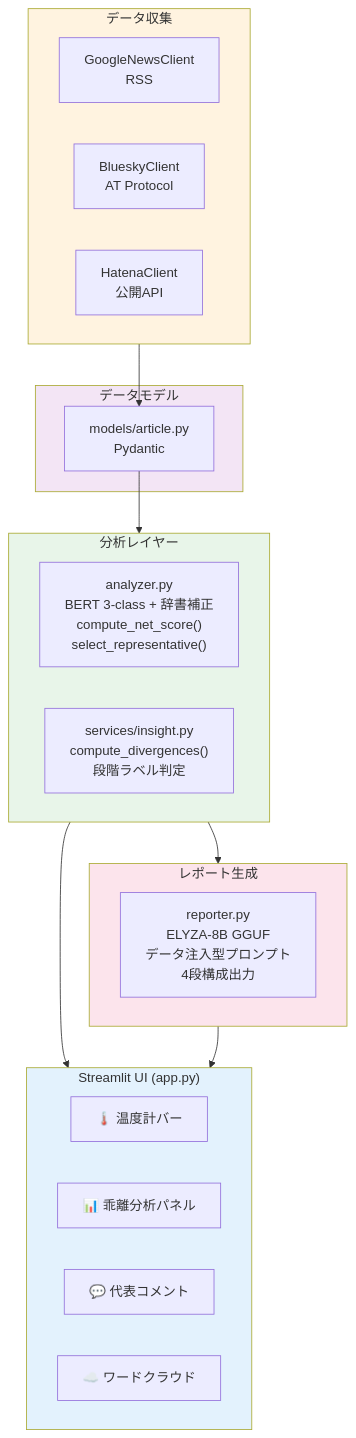
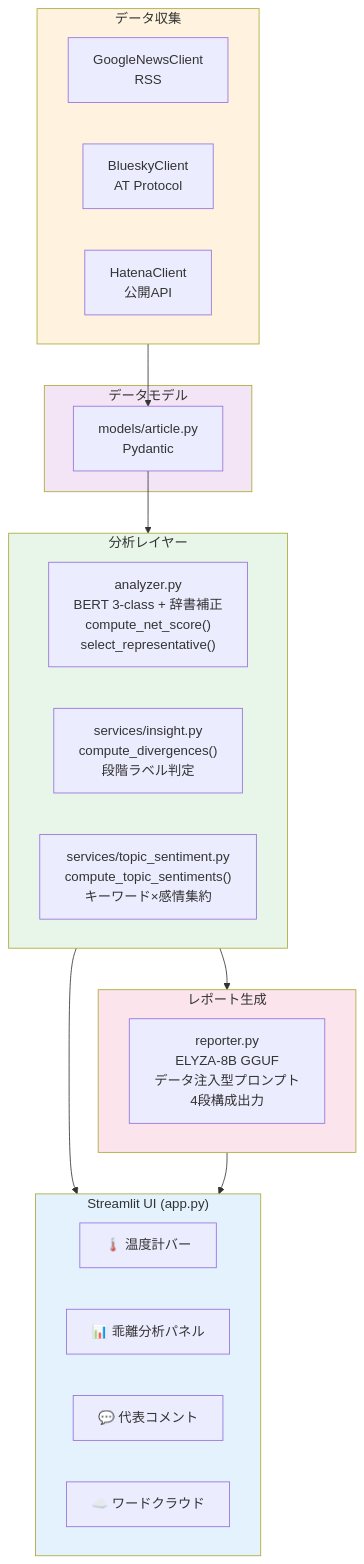
One commit to yutnagase/trend-insight-ai changed the second of 2 diagrams in README.md. Above: the diagram before and after it, drawn with Mermaid. The commit also changed other lines of this file and 4 other files, not shown here.

````diff
--- a/README.md
+++ b/README.md
@@ -93,40 +100,41 @@
 ```mermaid
 flowchart TB
     subgraph UI["Streamlit UI (app.py)"]
         UI1["🌡️ 温度計バー"]
         UI2["📊 乖離分析パネル"]
         UI3["💬 代表コメント"]
         UI4["☁️ ワードクラウド"]
     end
 
     subgraph Analysis["分析レイヤー"]
         AN["analyzer.py<br/>BERT 3-class + 辞書補正<br/>compute_net_score()<br/>select_representative()"]
         IN["services/insight.py<br/>compute_divergences()<br/>段階ラベル判定"]
+        TS["services/topic_sentiment.py<br/>compute_topic_sentiments()<br/>キーワード×感情集約"]
     end
 
     subgraph DataCollection["データ収集"]
         C1["GoogleNewsClient<br/>RSS"]
         C2["BlueskyClient<br/>AT Protocol"]
         C3["HatenaClient<br/>公開API"]
     end
 
     subgraph LLM["レポート生成"]
         RP["reporter.py<br/>ELYZA-8B GGUF<br/>データ注入型プロンプト<br/>4段構成出力"]
     end
 
     subgraph Model["データモデル"]
         MD["models/article.py<br/>Pydantic"]
     end
 
     DataCollection --> MD
     MD --> Analysis
     Analysis --> UI
     Analysis --> LLM
     LLM --> UI
 
     style UI fill:#e3f2fd
     style Analysis fill:#e8f5e9
     style DataCollection fill:#fff3e0
     style LLM fill:#fce4ec
     style Model fill:#f3e5f5
 ```
````
